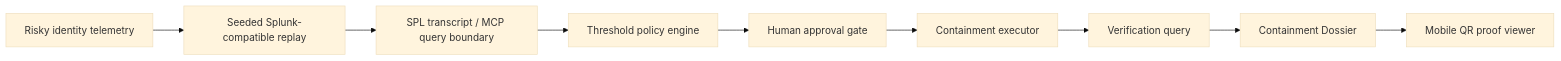
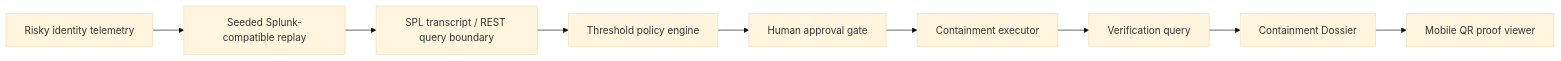
The diagram in public/architecture_diagram.md (veithly/containment-countdown), drawn with Mermaid (base theme) before and after one commit. The commit also changed other lines of this file and 45 other files, not shown here.

````diff
--- a/public/architecture_diagram.md
+++ b/public/architecture_diagram.md
@@ -3,11 +3,11 @@
 ```mermaid
 flowchart LR
   A["Risky identity telemetry"] --> B["Seeded Splunk-compatible replay"]
-  B --> C["SPL transcript / MCP query boundary"]
+  B --> C["SPL transcript / REST query boundary"]
   C --> D["Threshold policy engine"]
   D --> E["Human approval gate"]
   E --> F["Containment executor"]
   F --> G["Verification query"]
   G --> H["Containment Dossier"]
   H --> I["Mobile QR proof viewer"]
 ```
````
